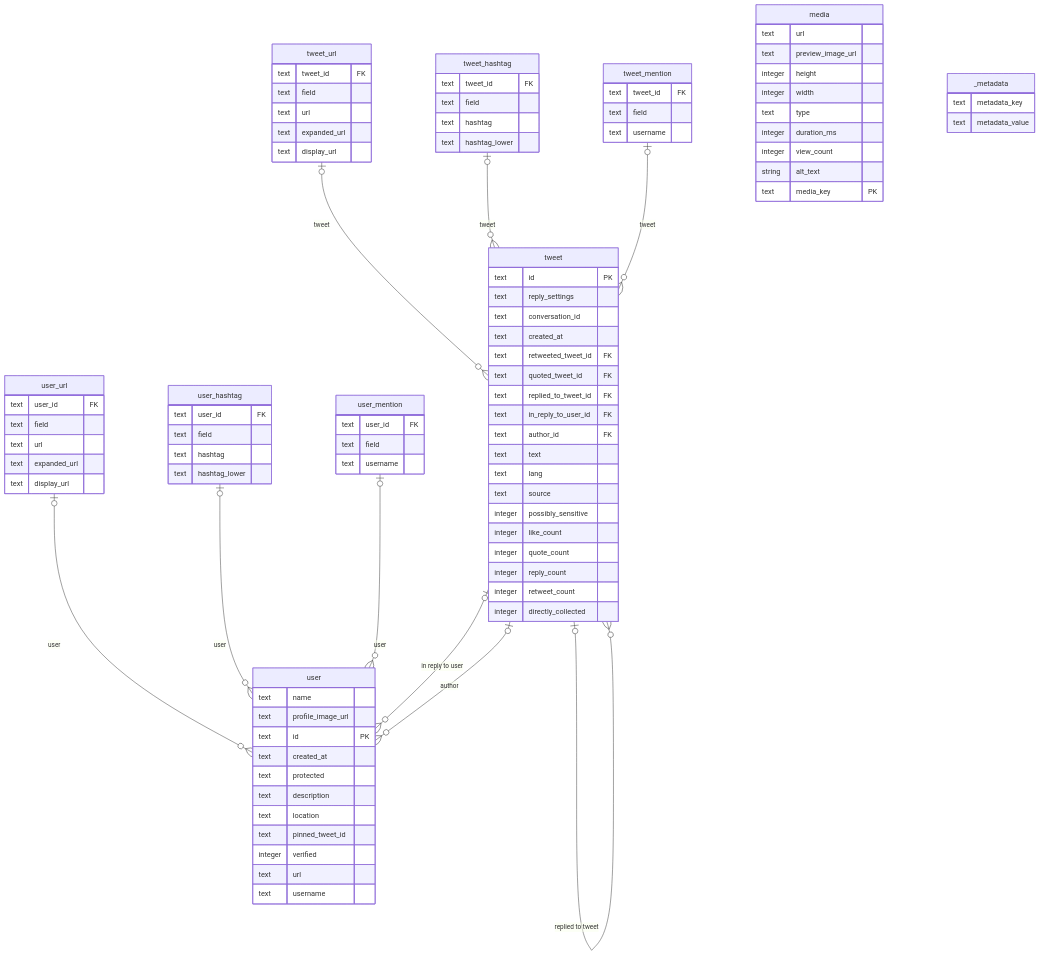
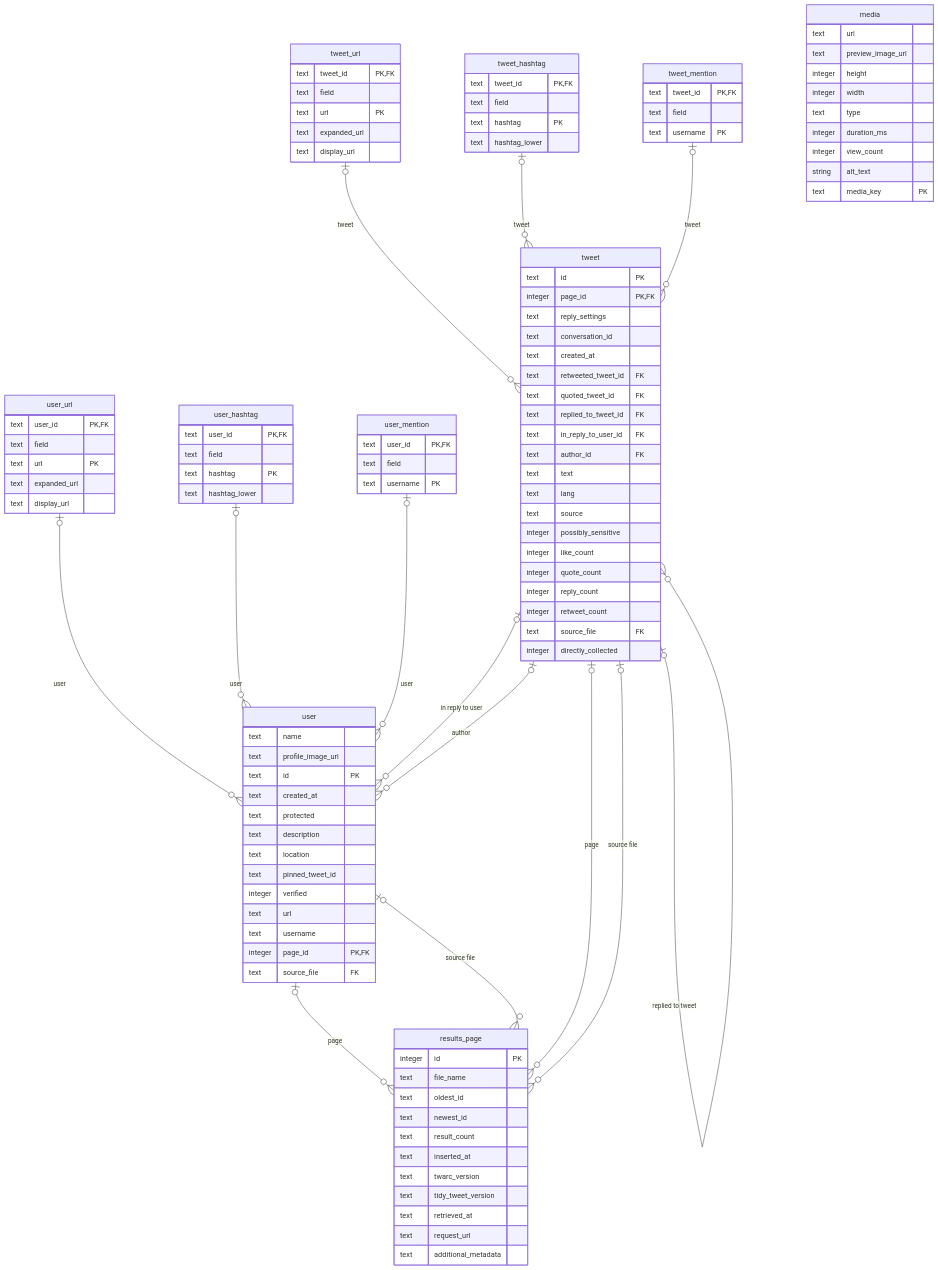
One commit to QUT-Digital-Observatory/tidy_tweet changed the diagram in docs/schema.md. Above: the diagram before and after it, drawn with Mermaid. The commit also changed other lines of this file and 1 other file, not shown here.

Commit message:
Update schema diagram, and add link in readme

````diff
--- a/docs/schema.md
+++ b/docs/schema.md
@@ -5,40 +5,40 @@
 ```mermaid
 erDiagram
     "tweet_url" {
-        text tweet_id FK
+        text tweet_id PK, FK
         text field
-        text url
+        text url PK
         text expanded_url
         text display_url
     }
     "user_url" {
-        text user_id FK
+        text user_id PK, FK
         text field
-        text url
+        text url PK
         text expanded_url
         text display_url
     }
     "tweet_hashtag" {
-        text tweet_id FK
+        text tweet_id PK, FK
         text field
-        text hashtag
+        text hashtag PK
         text hashtag_lower
     }
     "user_hashtag" {
-        text user_id FK
+        text user_id PK, FK
         text field
-        text hashtag
+        text hashtag PK
         text hashtag_lower
     }
     "tweet_mention" {
-        text tweet_id FK
+        text tweet_id PK, FK
         text field
-        text username
+        text username PK
     }
     "user_mention" {
-        text user_id FK
+        text user_id PK, FK
         text field
-        text username
+        text username PK
     }
     "media" {
         text url
@@ -63,9 +63,12 @@
         integer verified
         text url
         text username
+        integer page_id PK, FK
+        text source_file FK
     }
     "tweet" {
         text id PK
+        integer page_id PK, FK
         text reply_settings
         text conversation_id
         text created_at
@@ -82,11 +85,21 @@
         integer quote_count
         integer reply_count
         integer retweet_count
+        text source_file FK
         integer directly_collected
     }
-    "_metadata" {
-        text metadata_key
-        text metadata_value
+    "results_page" {
+        integer id PK
+        text file_name
+        text oldest_id
+        text newest_id
+        text result_count
+        text inserted_at
+        text twarc_version
+        text tidy_tweet_version
+        text retrieved_at
+        text request_url
+        text additional_metadata
     }
     tweet_url |o--o{ tweet : "tweet"
     user_url |o--o{ user : "user"
@@ -94,9 +107,13 @@
     user_hashtag |o--o{ user : "user"
     tweet_mention |o--o{ tweet : "tweet"
     user_mention |o--o{ user : "user"
+    user |o--o{ results_page : "page"
+    user |o--o{ results_page : "source file"
+    tweet |o--o{ results_page : "page"
     tweet |o--o{ tweet : "retweeted tweet"
     tweet |o--o{ tweet : "quoted tweet"
     tweet |o--o{ tweet : "replied to tweet"
     tweet |o--o{ user : "in reply to user"
     tweet |o--o{ user : "author"
+    tweet |o--o{ results_page : "source file"
 ```
````
